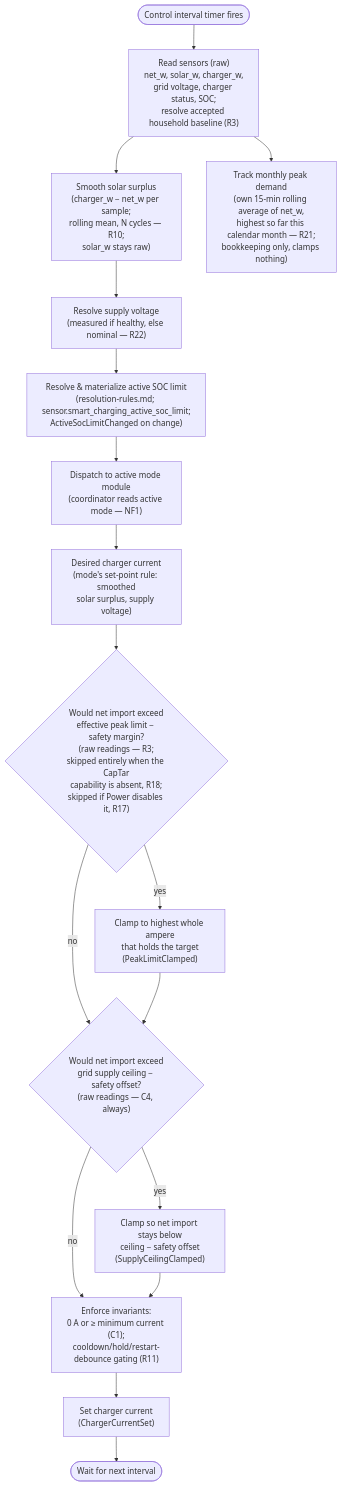
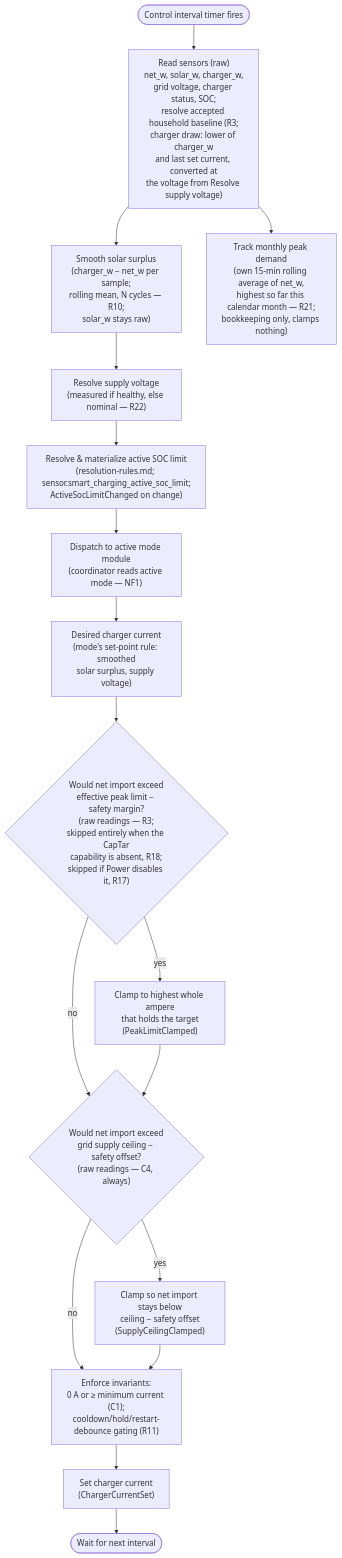
The diagram in docs/analysis/control-cycle.md (kristofdegrave/homeassistant-smart-charging), drawn with Mermaid before and after one commit. The commit also changed other lines of this file and 3 other files, not shown here.

First line of the commit message:
requirement: R3's household baseline takes the lower of the charger reading and the last set current (#1584) (#1609)

````diff
--- a/docs/analysis/control-cycle.md
+++ b/docs/analysis/control-cycle.md
@@ -73,19 +73,19 @@
 ```mermaid
 flowchart TD
-    Timer(["Control interval timer fires"]) --> Read["Read sensors (raw)<br/>net_w, solar_w, charger_w,<br/>grid voltage, charger status, SOC;<br/>resolve accepted household baseline (R3)"]
+    Timer(["Control interval timer fires"]) --> Read["Read sensors (raw)<br/>net_w, solar_w, charger_w,<br/>grid voltage, charger status, SOC;<br/>resolve accepted household baseline (R3;<br/>charger draw: lower of charger_w<br/>and last set current, converted at<br/>the voltage from Resolve supply voltage)"]
     Read --> Smooth["Smooth solar surplus<br/>(charger_w − net_w per sample;<br/>rolling mean, N cycles — R10;<br/>solar_w stays raw)"]
     Read --> PeakTrack["Track monthly peak demand<br/>(own 15-min rolling average of net_w,<br/>highest so far this calendar month — R21;<br/>bookkeeping only, clamps nothing)"]
     Smooth --> Volt["Resolve supply voltage<br/>(measured if healthy, else nominal — R22)"]
     Volt --> SocLimit["Resolve & materialize active SOC limit<br/>(resolution-rules.md; sensor.smart_charging_active_soc_limit;<br/>ActiveSocLimitChanged on change)"]
     SocLimit --> Dispatch["Dispatch to active mode module<br/>(coordinator reads active mode — NF1)"]
     Dispatch --> Desired["Desired charger current<br/>(mode's set-point rule: smoothed<br/>solar surplus, supply voltage)"]
     Desired --> Peak{"Would net import exceed<br/>effective peak limit − safety margin?<br/>(raw readings — R3;<br/>skipped entirely when the CapTar<br/>capability is absent, R18;<br/>skipped if Power disables it, R17)"}
     Peak -->|yes| Clamp["Clamp to highest whole ampere<br/>that holds the target<br/>(PeakLimitClamped)"]
     Peak -->|no| Ceiling
     Clamp --> Ceiling{"Would net import exceed<br/>grid supply ceiling − safety offset?<br/>(raw readings — C4, always)"}
     Ceiling -->|yes| CeilingClamp["Clamp so net import stays below<br/>ceiling − safety offset<br/>(SupplyCeilingClamped)"]
     Ceiling -->|no| Invariant
     CeilingClamp --> Invariant["Enforce invariants:<br/>0 A or ≥ minimum current (C1);<br/>cooldown/hold/restart-debounce gating (R11)"]
     Invariant --> Set["Set charger current<br/>(ChargerCurrentSet)"]
     Set --> Wait(["Wait for next interval"])
 ```
````
